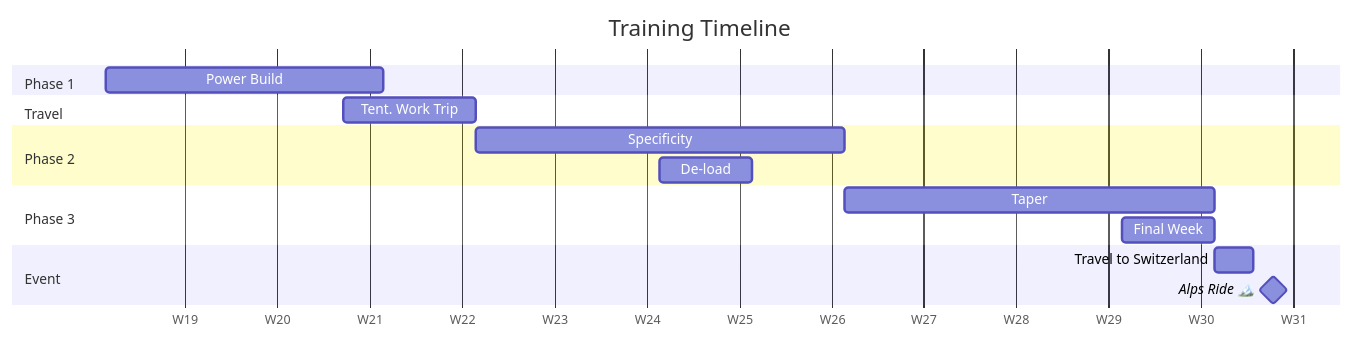
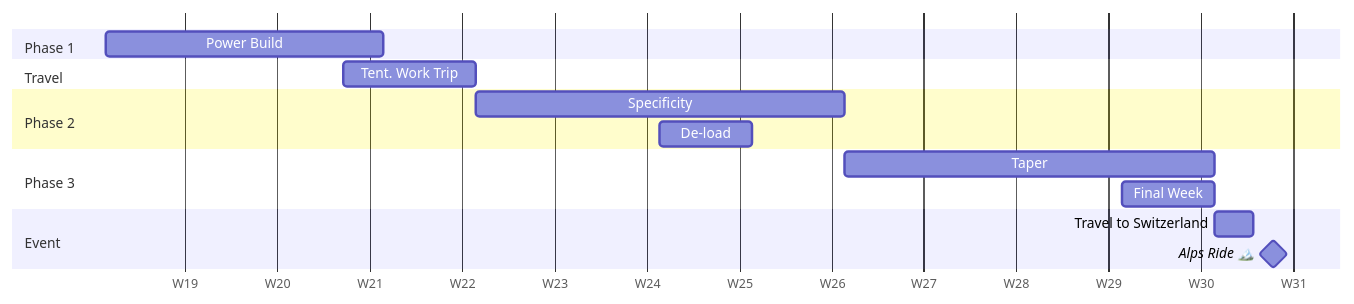
Before and after one commit to xuan-tan/career-blog: the diagram in content/blog/travel/Switzerland/training-plan/index.md, drawn with Mermaid. The commit also changed other lines of this file and 7 other files, not shown here.

```diff
--- a/content/blog/travel/Switzerland/training-plan/index.md
+++ b/content/blog/travel/Switzerland/training-plan/index.md
@@ -61,24 +61,23 @@
 {{< mermaid >}}
 gantt
-    title Training Timeline
     dateFormat  YYYY-MM-DD
     axisFormat  W%W
 
     section Phase 1
     Power Build           :p1, 2026-05-11, 21d
 
     section Travel
     Tent. Work Trip        :travel, 2026-05-29, 10d
 
     section Phase 2
     Specificity           :p2, 2026-06-08, 28d
     De-load               :deload, 2026-06-22, 7d
 
     section Phase 3
     Taper                 :p3, 2026-07-06, 28d
     Final Week            :final, 2026-07-27, 7d
 
     section Event
     Travel to Switzerland :trav, 2026-08-03, 3d
     Alps Ride 🏔️         :milestone, 2026-08-06, 3d
 {{< /mermaid >}}
```
